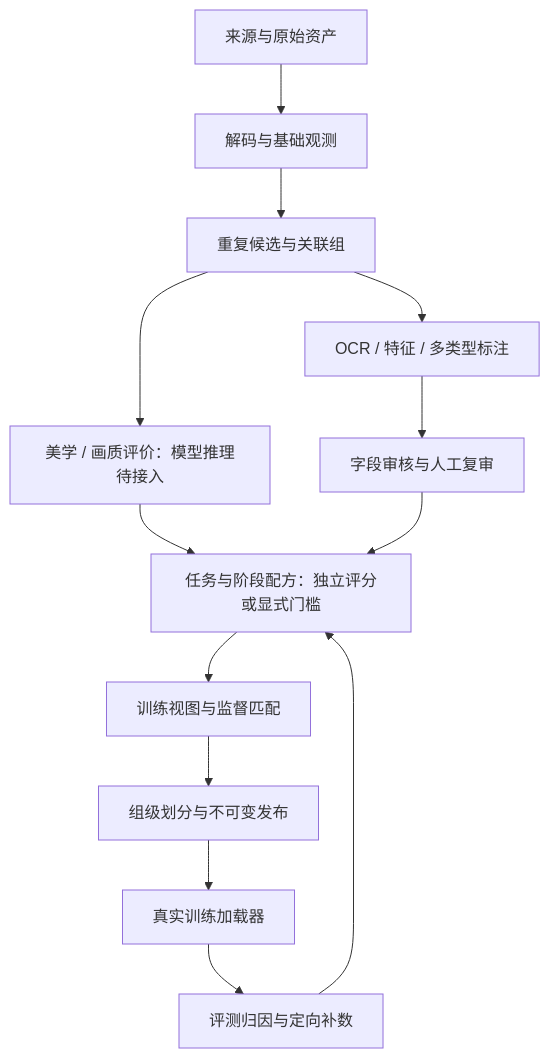
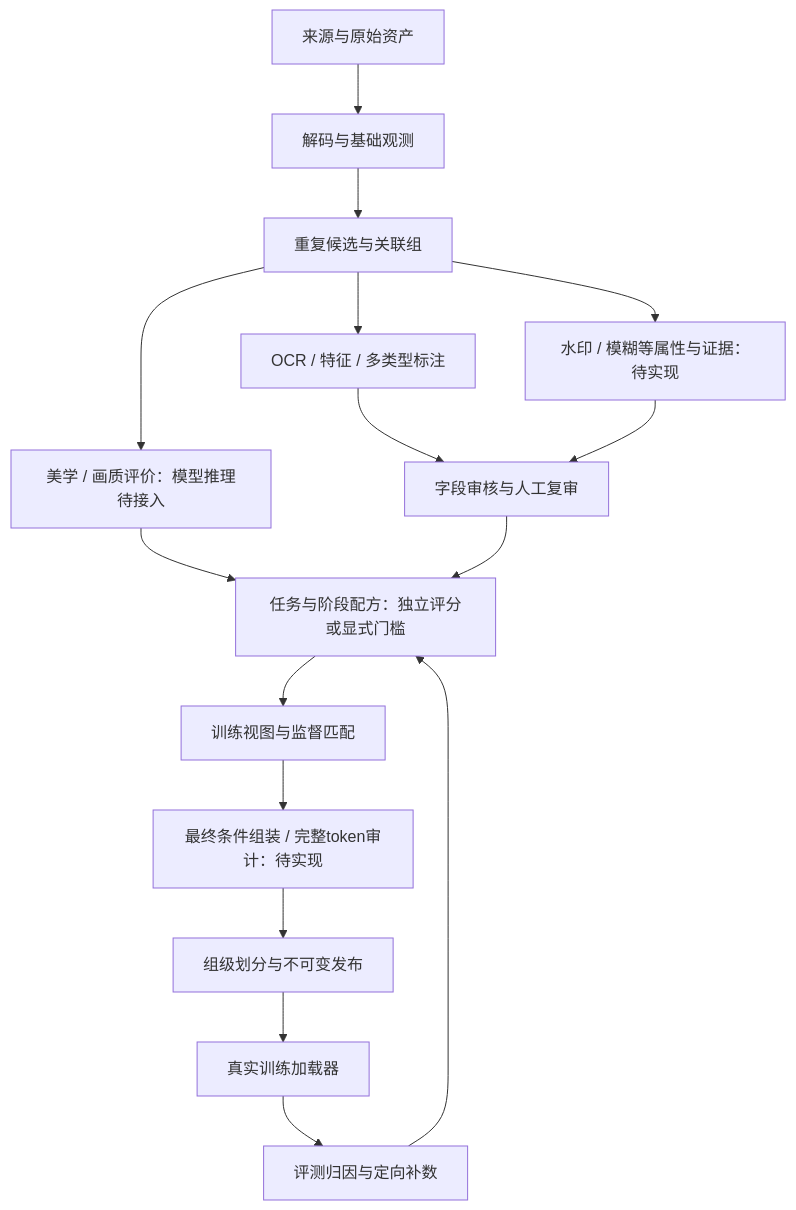
Before and after one commit to lililuya/ImageDataProcessPipeline: the diagram in README.md, drawn with Mermaid. The commit also changed other lines of this file and 3 other files, not shown here.

Commit message:
docs: audit MOSS watermark supervision and conditioning flow

````diff
--- a/README.md
+++ b/README.md
@@ -27,15 +29,18 @@
 ```mermaid
 flowchart TD
   A[来源与原始资产] --> B[解码与基础观测]
   B --> C[重复候选与关联组]
   C --> D[OCR / 特征 / 多类型标注]
+  C --> W[水印 / 模糊等属性与证据：待实现]
   C --> Q[美学 / 画质评价：模型推理待接入]
   Q --> F
   D --> E[字段审核与人工复审]
+  W --> E
   E --> F[任务与阶段配方：独立评分或显式门槛]
   F --> G[训练视图与监督匹配]
-  G --> H[组级划分与不可变发布]
+  G --> P[最终条件组装 / 完整token审计：待实现]
+  P --> H[组级划分与不可变发布]
   H --> I[真实训练加载器]
   I --> J[评测归因与定向补数]
   J --> F
 ```
````
